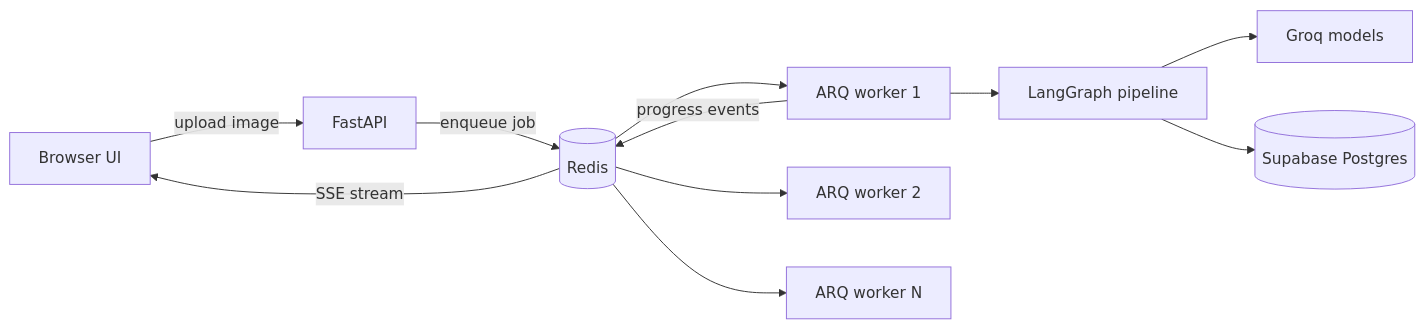
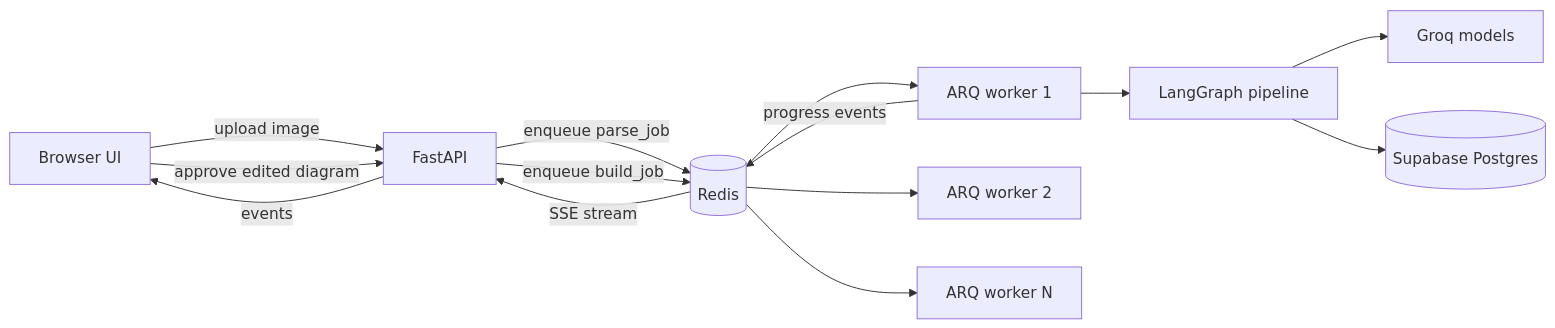
Before and after one commit to Omkore-09/Whiteboard-to-Code-agent: the first of 3 diagrams in README.md, drawn with Mermaid. The commit also changed other lines of this file, not shown here.

````diff
--- a/README.md
+++ b/README.md
@@ -26,13 +43,16 @@
 ```mermaid
 flowchart LR
     UI[Browser UI] -->|upload image| API[FastAPI]
-    API -->|enqueue job| R[(Redis)]
+    API -->|enqueue parse_job| R[(Redis)]
     R --> W1[ARQ worker 1]
     R --> W2[ARQ worker 2]
     R --> W3[ARQ worker N]
-    W1 --> G[LangGraph pipeline]
-    G --> LLM[Groq models]
-    G --> PG[(Supabase Postgres)]
+    W1 --> LG[LangGraph pipeline]
+    LG --> LLM[Groq models]
+    LG --> PG[(Supabase Postgres)]
     W1 -->|progress events| R
-    R -->|SSE stream| UI
+    R -->|SSE stream| API
+    API -->|events| UI
+    UI -->|approve edited diagram| API
+    API -->|enqueue build_job| R
 ```
````
